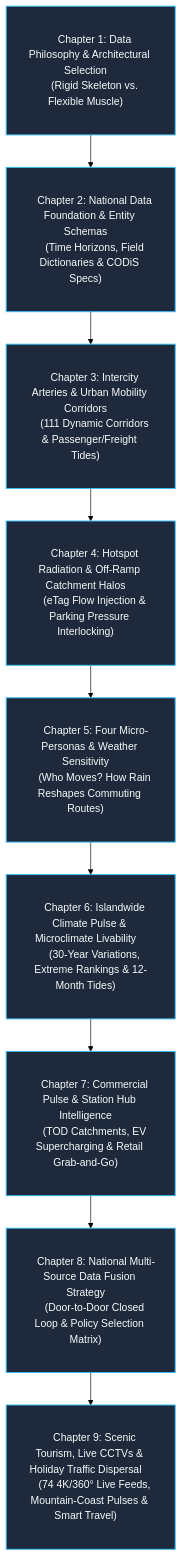
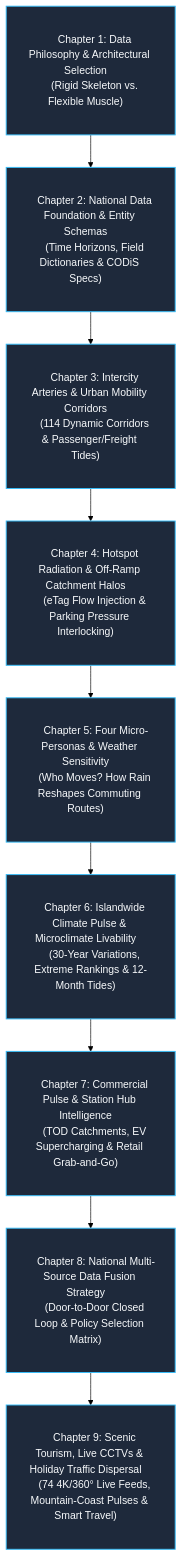
One commit to tobytoy/taiwan-mobility-pulse changed the diagram in docs/en/README.md. Above: the diagram before and after it, drawn with Mermaid (forest theme). The commit also changed other lines of this file and 42 other files, not shown here.

````diff
--- a/docs/en/README.md
+++ b/docs/en/README.md
@@ -31,13 +31,13 @@
 ```mermaid
 flowchart TD
     classDef default fill:#1e293b,stroke:#38bdf8,stroke-width:1.5px,color:#f8fafc,padding:16px 50px;
 
     C1["&emsp;Chapter 1: Data Philosophy & Architectural Selection&emsp;<br/>&emsp;(Rigid Skeleton vs. Flexible Muscle)&emsp;"] --> C2["&emsp;Chapter 2: National Data Foundation & Entity Schemas&emsp;<br/>&emsp;(Time Horizons, Field Dictionaries & CODiS Specs)&emsp;"]
-    C2 --> C3["&emsp;Chapter 3: Intercity Arteries & Urban Mobility Corridors&emsp;<br/>&emsp;(111 Dynamic Corridors & Passenger/Freight Tides)&emsp;"]
+    C2 --> C3["&emsp;Chapter 3: Intercity Arteries & Urban Mobility Corridors&emsp;<br/>&emsp;(114 Dynamic Corridors & Passenger/Freight Tides)&emsp;"]
     C3 --> C4["&emsp;Chapter 4: Hotspot Radiation & Off-Ramp Catchment Halos&emsp;<br/>&emsp;(eTag Flow Injection & Parking Pressure Interlocking)&emsp;"]
     C4 --> C5["&emsp;Chapter 5: Four Micro-Personas & Weather Sensitivity&emsp;<br/>&emsp;(Who Moves? How Rain Reshapes Commuting Routes)&emsp;"]
     C5 --> C6["&emsp;Chapter 6: Islandwide Climate Pulse & Microclimate Livability&emsp;<br/>&emsp;(30-Year Variations, Extreme Rankings & 12-Month Tides)&emsp;"]
     C6 --> C7["&emsp;Chapter 7: Commercial Pulse & Station Hub Intelligence&emsp;<br/>&emsp;(TOD Catchments, EV Supercharging & Retail Grab-and-Go)&emsp;"]
     C7 --> C8["&emsp;Chapter 8: National Multi-Source Data Fusion Strategy&emsp;<br/>&emsp;(Door-to-Door Closed Loop & Policy Selection Matrix)&emsp;"]
     C8 --> C9["&emsp;Chapter 9: Scenic Tourism, Live CCTVs & Holiday Traffic Dispersal&emsp;<br/>&emsp;(74 4K/360° Live Feeds, Mountain-Coast Pulses & Smart Travel)&emsp;"]
 ```
````
